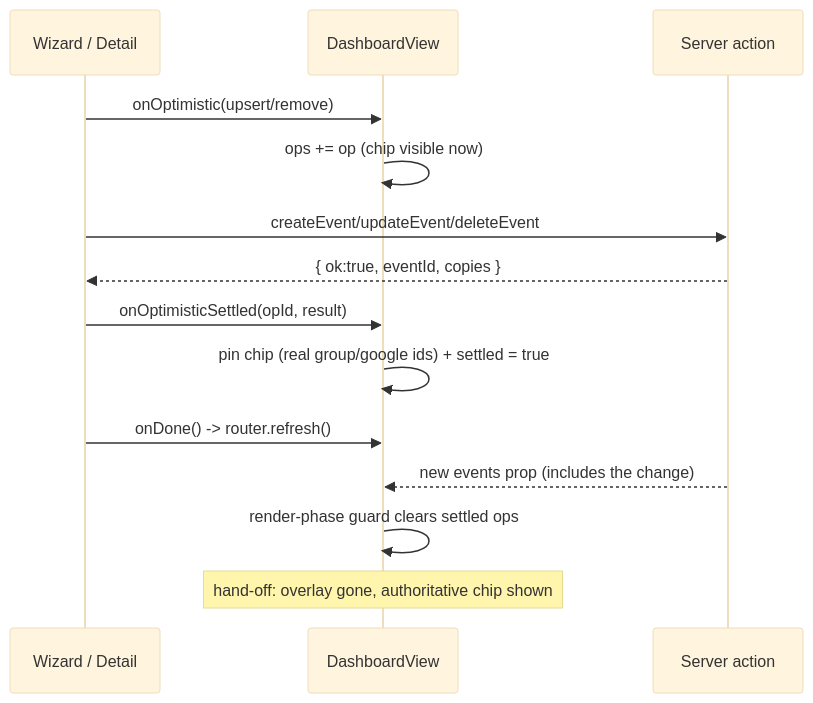
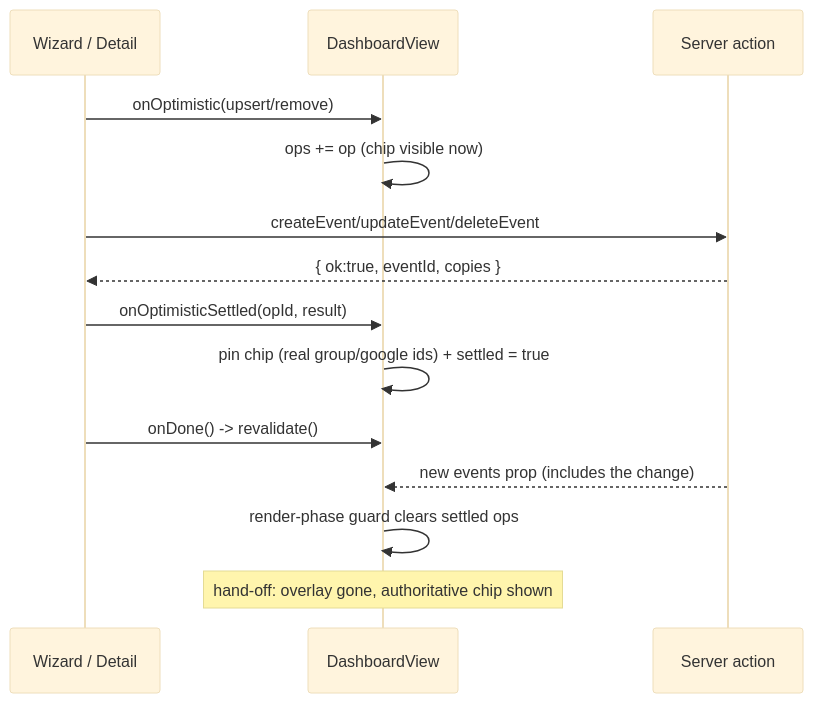
The second of 2 diagrams in docs/optimistic-mutations.md (oncloudnintynineone-source/cloudy2), drawn with Mermaid (base theme) before and after one commit. The commit also changed other lines of this file and 22 other files, not shown here.

Commit message:
docs: sync mermaid diagrams with current code, fix diagram syntax errors

````diff
--- a/docs/optimistic-mutations.md
+++ b/docs/optimistic-mutations.md
@@ -106,17 +106,17 @@
 ```mermaid
 sequenceDiagram
  participant F as Wizard / Detail
  participant V as DashboardView
  participant S as Server action
 
  F->>V: onOptimistic(upsert/remove)
  V->>V: ops += op (chip visible now)
  F->>S: createEvent/updateEvent/deleteEvent
  S-->>F: { ok:true, eventId, copies }
  F->>V: onOptimisticSettled(opId, result)
  V->>V: pin chip (real group/google ids) + settled = true
- F->>V: onDone() -> router.refresh()
+ F->>V: onDone() -> revalidate()
  S-->>V: new events prop (includes the change)
  V->>V: render-phase guard clears settled ops
  Note over V: hand-off: overlay gone, authoritative chip shown
 ```
````
